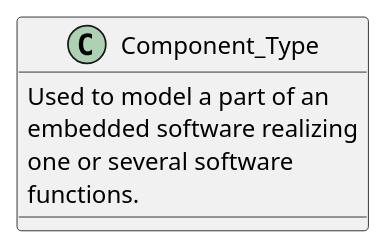
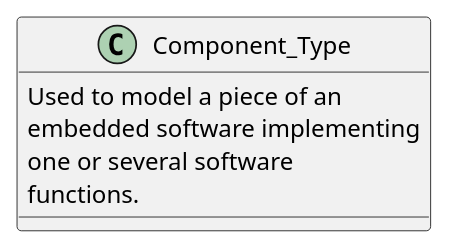
Before and after one commit to HomeMadeBots/Embedded_Software_Meta_Model: the diagram in Meta-Classes/Component_Type.puml, drawn with PlantUML. The commit also changed 25 other files, not shown here.

```diff
--- a/Meta-Classes/Component_Type.puml
+++ b/Meta-Classes/Component_Type.puml
@@ -1,11 +1,11 @@
 @startuml
 
 class Component_Type
 {
-  Used to model a part of an
-  embedded software realizing
+  Used to model a piece of an
+  embedded software implementing
   one or several software
   functions.
 }
 
 @enduml
```
